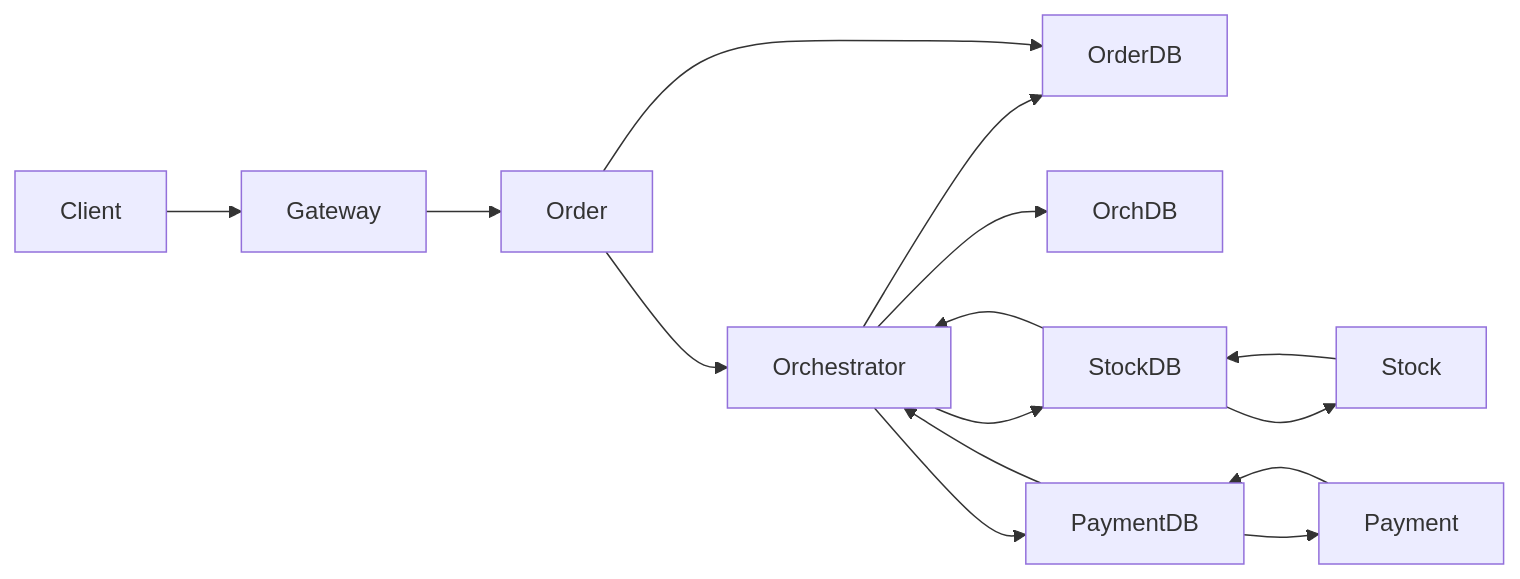
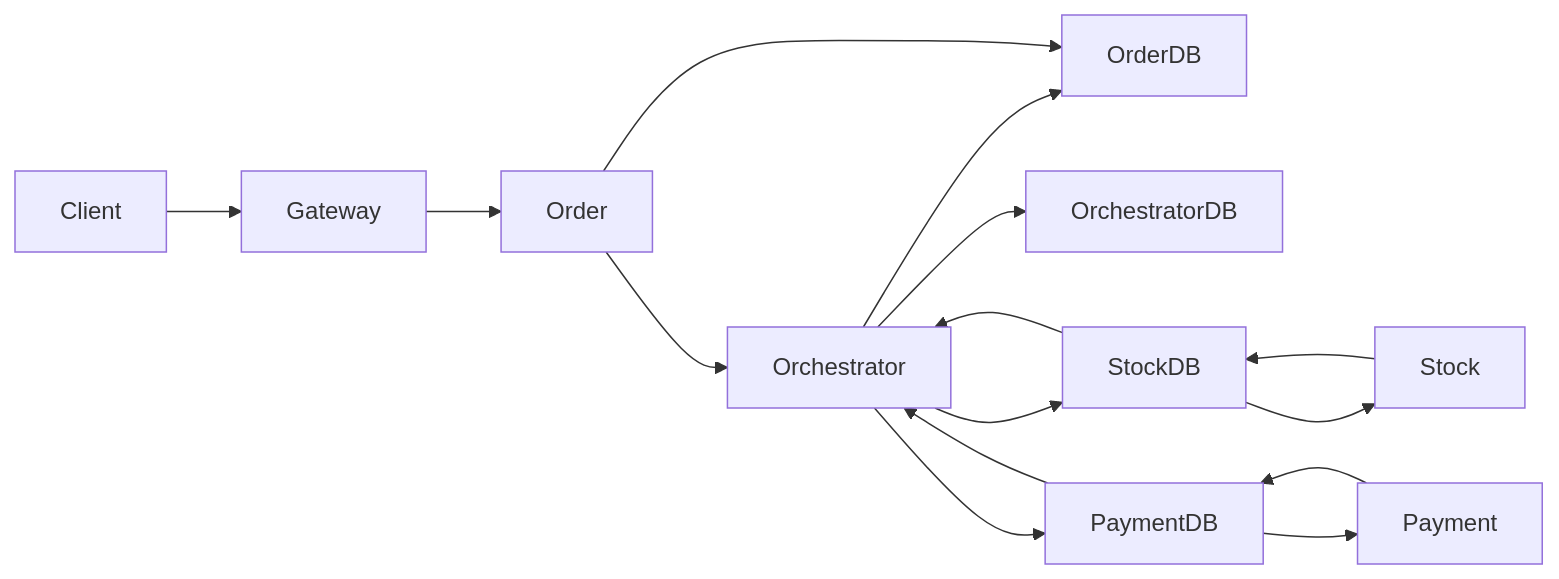
Before and after one commit to jayran-d/dds26-team19: the diagram in docs/architecture_guide.md, drawn with Mermaid. The commit also changed other lines of this file and 19 other files, not shown here.

````diff
--- a/docs/architecture_guide.md
+++ b/docs/architecture_guide.md
@@ -9,17 +7,17 @@
 ```mermaid
 flowchart LR
     Client --> Gateway
     Gateway --> Order
     Order --> Orchestrator
     Orchestrator --> OrderDB
-    Orchestrator --> OrchDB
+    Orchestrator --> OrchestratorDB
     Orchestrator --> StockDB
     Orchestrator --> PaymentDB
     Stock --> StockDB
     Payment --> PaymentDB
     Order --> OrderDB
     StockDB --> Stock
     PaymentDB --> Payment
     StockDB --> Orchestrator
     PaymentDB --> Orchestrator
 ```
````
